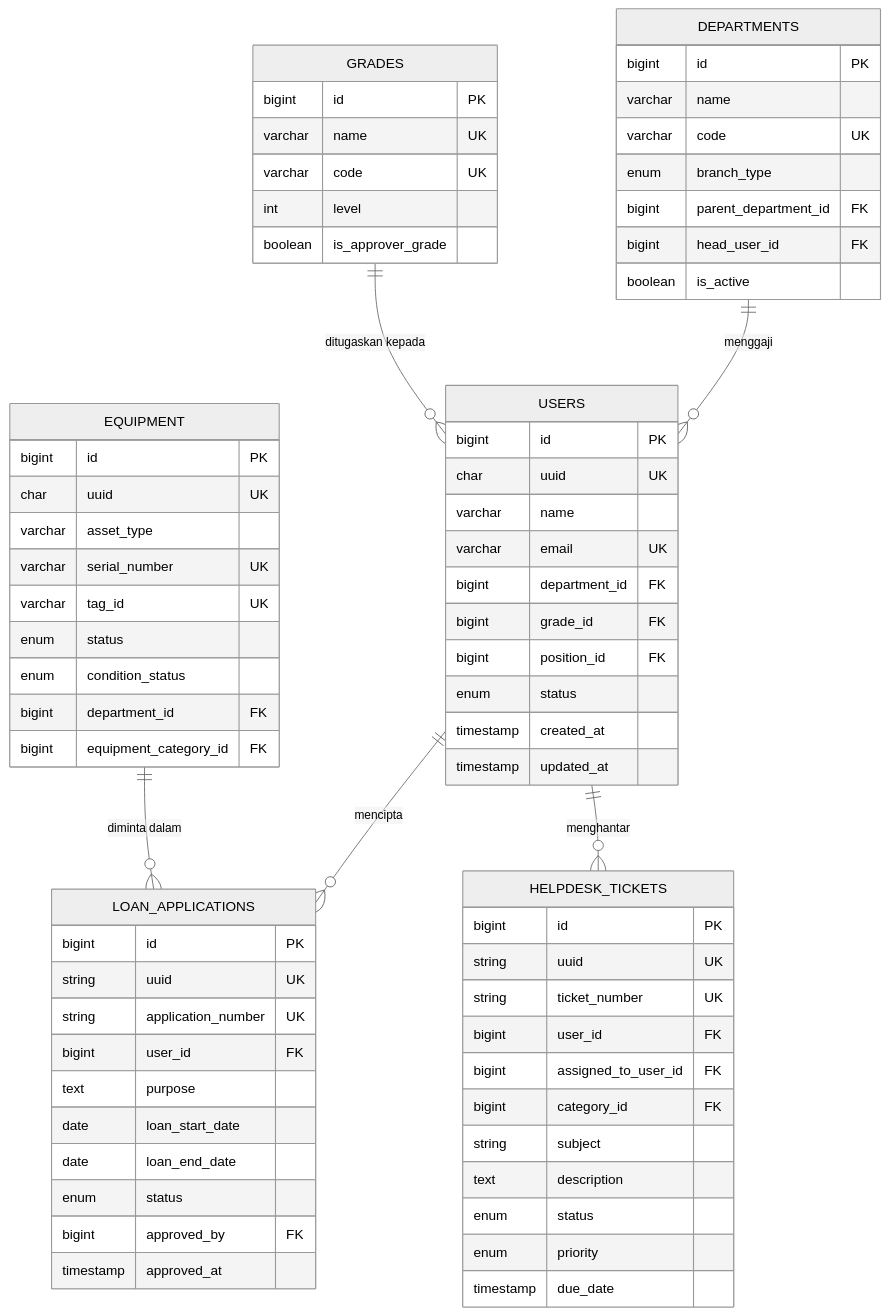
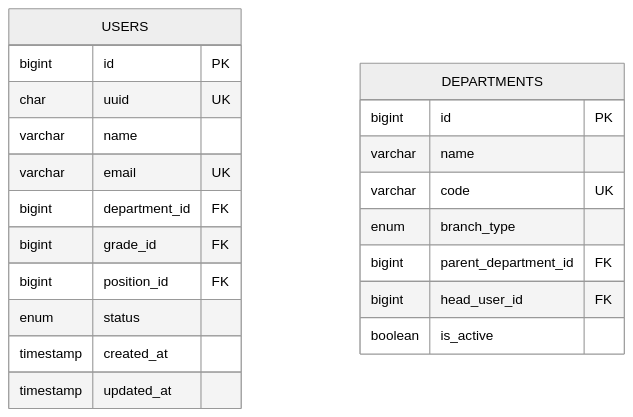
Before and after one commit to IzzatFirdaus/ictserve-031125: the fifth of 5 diagrams in docs/ICTServe_System_Documentation.md, drawn with Mermaid (neutral theme). The commit also changed other lines of this file and 30 other files, not shown here.

````diff
--- a/docs/ICTServe_System_Documentation.md
+++ b/docs/ICTServe_System_Documentation.md
@@ -547,78 +559,25 @@
 ```mermaid
 erDiagram
     USERS {
         bigint id PK
         char uuid UK
         varchar name
         varchar email UK
         bigint department_id FK
         bigint grade_id FK
         bigint position_id FK
         enum status
         timestamp created_at
         timestamp updated_at
     }
 
     DEPARTMENTS {
         bigint id PK
         varchar name
         varchar code UK
         enum branch_type
         bigint parent_department_id FK
         bigint head_user_id FK
         boolean is_active
     }
-
-    GRADES {
-        bigint id PK
-        varchar name UK
-        varchar code UK
-        int level
-        boolean is_approver_grade
-    }
-
-    EQUIPMENT {
-        bigint id PK
-        char uuid UK
-        varchar asset_type
-        varchar serial_number UK
-        varchar tag_id UK
-        enum status
-        enum condition_status
-        bigint department_id FK
-        bigint equipment_category_id FK
-    }
-
-    LOAN_APPLICATIONS {
-        bigint id PK
-        string uuid UK
-        string application_number UK
-        bigint user_id FK
-        text purpose
-        date loan_start_date
-        date loan_end_date
-        enum status
-        bigint approved_by FK
-        timestamp approved_at
-    }
-
-    HELPDESK_TICKETS {
-        bigint id PK
-        string uuid UK
-        string ticket_number UK
-        bigint user_id FK
-        bigint assigned_to_user_id FK
-        bigint category_id FK
-        string subject
-        text description
-        enum status
-        enum priority
-        timestamp due_date
-    }
-
-    USERS ||--o{ LOAN_APPLICATIONS : "mencipta"
-    USERS ||--o{ HELPDESK_TICKETS : "menghantar"
-    DEPARTMENTS ||--o{ USERS : "menggaji"
-    GRADES ||--o{ USERS : "ditugaskan kepada"
-    EQUIPMENT ||--o{ LOAN_APPLICATIONS : "diminta dalam"
 ```
````
